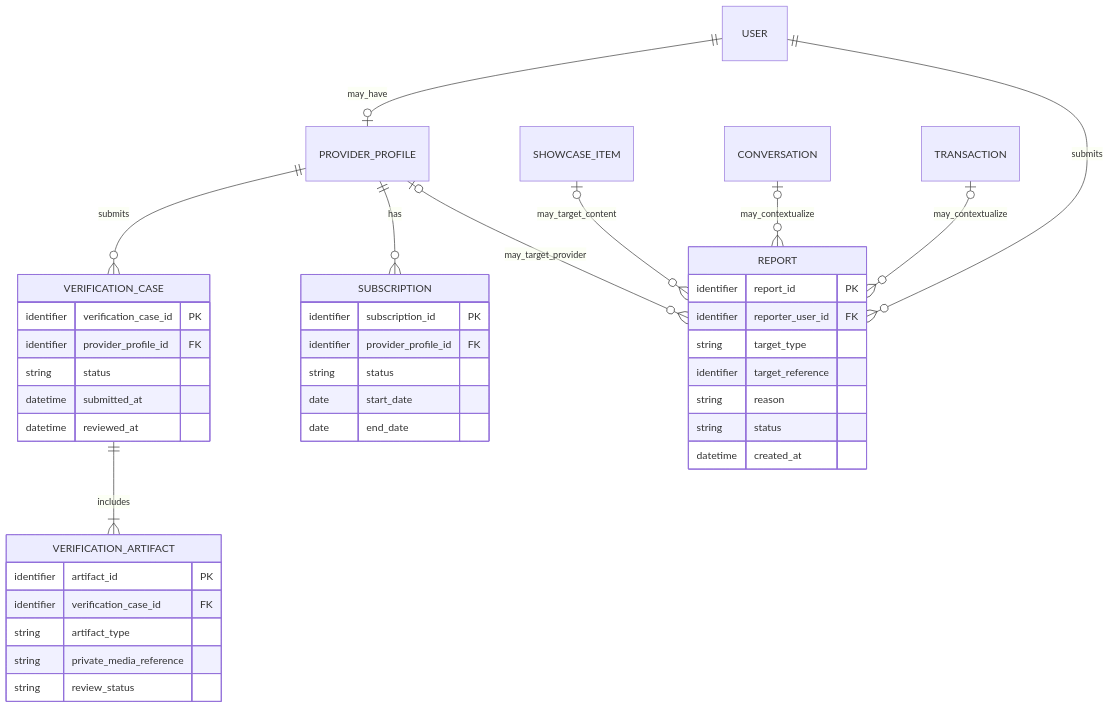
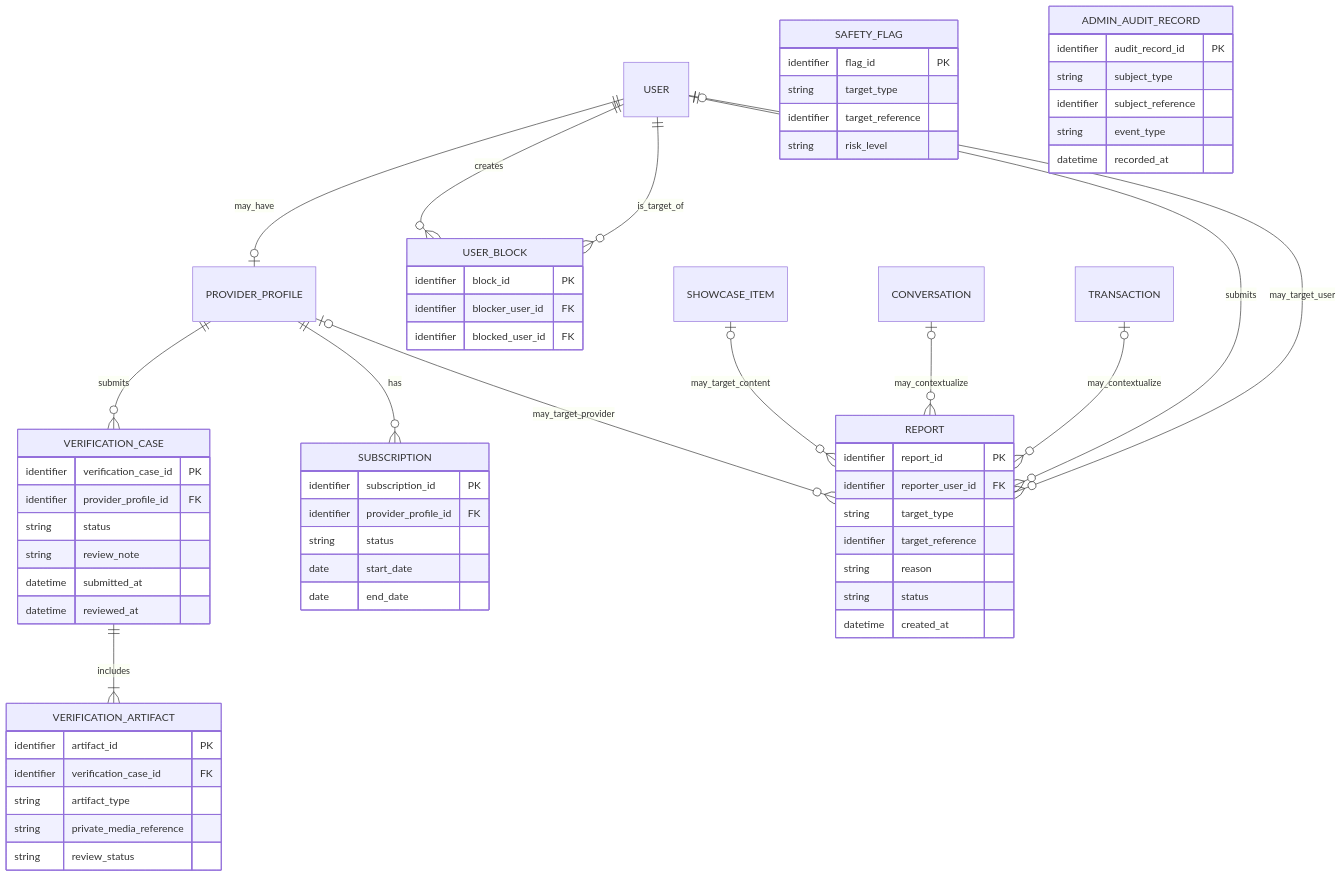
One commit to Yadd-SanaaUniversityGraduationProject/yadd changed the second of 2 diagrams in docs/03-analysis/11-ERD.md. Above: the diagram before and after it, drawn with Mermaid. The commit also changed other lines of this file, not shown here.

Commit message:
fix(analysis): synchronize conceptual ERD with approved safety and lifecycle data

````diff
--- a/docs/03-analysis/11-ERD.md
+++ b/docs/03-analysis/11-ERD.md
@@ -297,49 +315,75 @@
 ```mermaid
 erDiagram
     USER ||--o| PROVIDER_PROFILE : may_have
 
     PROVIDER_PROFILE ||--o{ VERIFICATION_CASE : submits
     VERIFICATION_CASE ||--|{ VERIFICATION_ARTIFACT : includes
 
     PROVIDER_PROFILE ||--o{ SUBSCRIPTION : has
 
+    USER ||--o{ USER_BLOCK : creates
+    USER ||--o{ USER_BLOCK : is_target_of
+
     USER ||--o{ REPORT : submits
+    USER o|--o{ REPORT : may_target_user
     PROVIDER_PROFILE o|--o{ REPORT : may_target_provider
     SHOWCASE_ITEM o|--o{ REPORT : may_target_content
     CONVERSATION o|--o{ REPORT : may_contextualize
     TRANSACTION o|--o{ REPORT : may_contextualize
 
     VERIFICATION_CASE {
       identifier verification_case_id PK
       identifier provider_profile_id FK
       string status
+      string review_note
       datetime submitted_at
       datetime reviewed_at
     }
 
     VERIFICATION_ARTIFACT {
       identifier artifact_id PK
       identifier verification_case_id FK
       string artifact_type
       string private_media_reference
       string review_status
     }
 
     SUBSCRIPTION {
       identifier subscription_id PK
       identifier provider_profile_id FK
       string status
       date start_date
       date end_date
     }
 
+    USER_BLOCK {
+      identifier block_id PK
+      identifier blocker_user_id FK
+      identifier blocked_user_id FK
+    }
+
     REPORT {
       identifier report_id PK
       identifier reporter_user_id FK
       string target_type
       identifier target_reference
       string reason
       string status
       datetime created_at
     }
+
+    SAFETY_FLAG {
+      identifier flag_id PK
+      string target_type
+      identifier target_reference
+      string risk_level
+    }
+
+    ADMIN_AUDIT_RECORD {
+      identifier audit_record_id PK
+      string subject_type
+      identifier subject_reference
+      string event_type
+      datetime recorded_at
+    }
 ```
````
